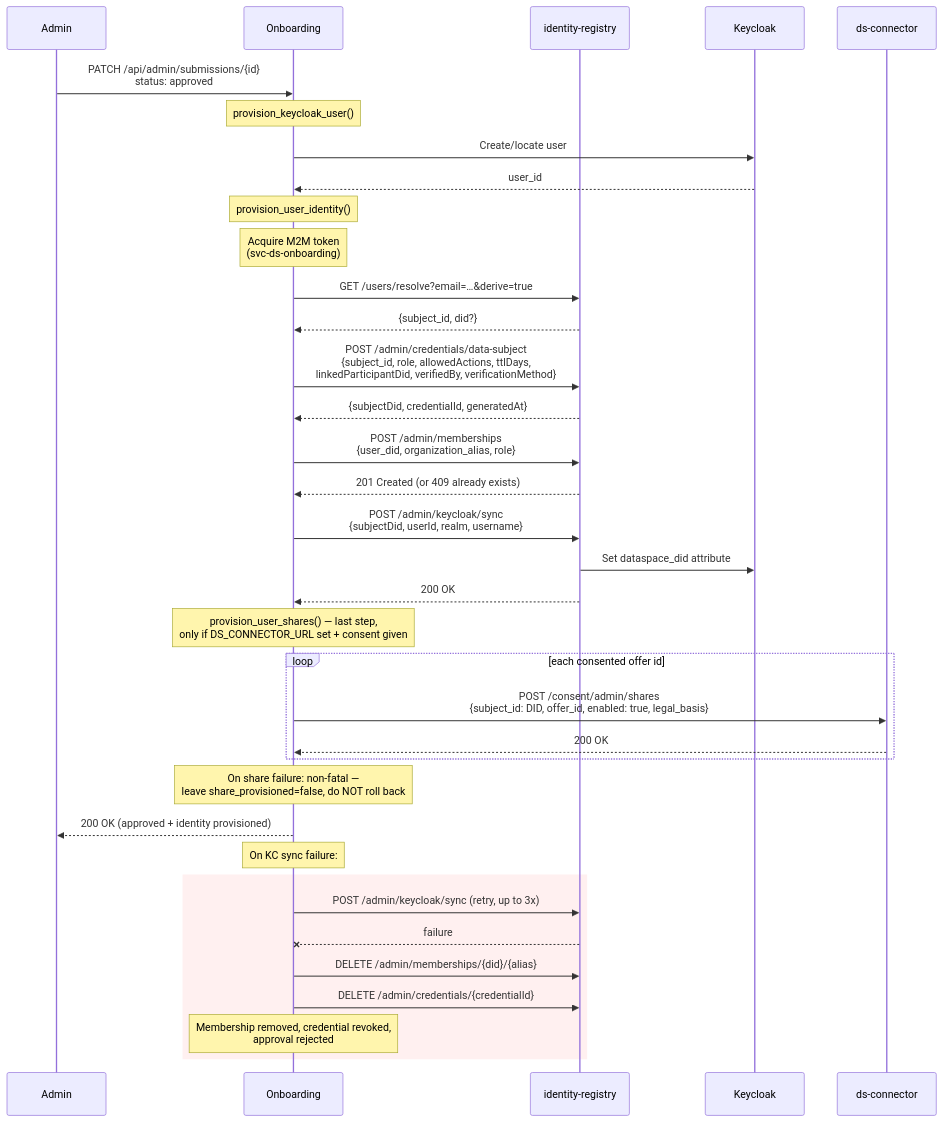
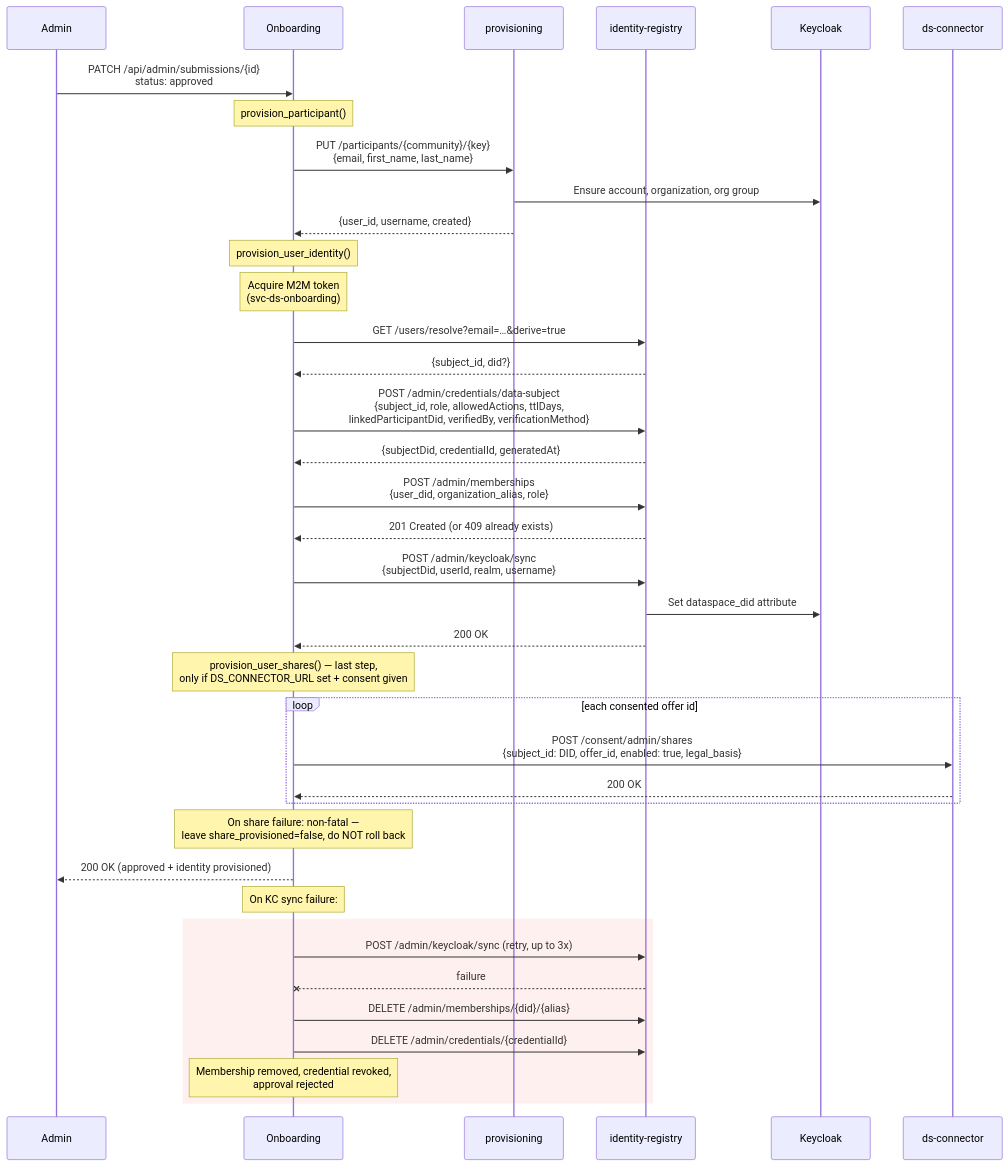
The diagram in docs/dataspace-integration.md (celine-eu/onboarding), drawn with Mermaid before and after one commit. The commit also changed other lines of this file and 23 other files, not shown here.

````diff
--- a/docs/dataspace-integration.md
+++ b/docs/dataspace-integration.md
@@ -30,48 +30,50 @@
 ```mermaid
 sequenceDiagram
     participant Admin
     participant Onboarding
+    participant Prov as provisioning
     participant IdRegistry as identity-registry
     participant KC as Keycloak
     participant Connector as ds-connector
 
     Admin->>Onboarding: PATCH /api/admin/submissions/{id}<br/>status: approved
 
-    Note over Onboarding: provision_keycloak_user()
-    Onboarding->>KC: Create/locate user
-    KC-->>Onboarding: user_id
+    Note over Onboarding: provision_participant()
+    Onboarding->>Prov: PUT /participants/{community}/{key}<br/>{email, first_name, last_name}
+    Prov->>KC: Ensure account, organization, org group
+    Prov-->>Onboarding: {user_id, username, created}
 
     Note over Onboarding: provision_user_identity()
 
     Note over Onboarding: Acquire M2M token<br/>(svc-ds-onboarding)
     Onboarding->>IdRegistry: GET /users/resolve?email=…&derive=true
     IdRegistry-->>Onboarding: {subject_id, did?}
 
     Onboarding->>IdRegistry: POST /admin/credentials/data-subject<br/>{subject_id, role, allowedActions, ttlDays,<br/>linkedParticipantDid, verifiedBy, verificationMethod}
     IdRegistry-->>Onboarding: {subjectDid, credentialId, generatedAt}
 
     Onboarding->>IdRegistry: POST /admin/memberships<br/>{user_did, organization_alias, role}
     IdRegistry-->>Onboarding: 201 Created (or 409 already exists)
 
     Onboarding->>IdRegistry: POST /admin/keycloak/sync<br/>{subjectDid, userId, realm, username}
     IdRegistry->>KC: Set dataspace_did attribute
     IdRegistry-->>Onboarding: 200 OK
 
     Note over Onboarding: provision_user_shares() — last step,<br/>only if DS_CONNECTOR_URL set + consent given
     loop each consented offer id
         Onboarding->>Connector: POST /consent/admin/shares<br/>{subject_id: DID, offer_id, enabled: true, legal_basis}
         Connector-->>Onboarding: 200 OK
     end
     Note over Onboarding: On share failure: non-fatal —<br/>leave share_provisioned=false, do NOT roll back
 
     Onboarding-->>Admin: 200 OK (approved + identity provisioned)
 
     Note over Onboarding: On KC sync failure:
     rect rgb(255, 240, 240)
         Onboarding->>IdRegistry: POST /admin/keycloak/sync (retry, up to 3x)
         IdRegistry--xOnboarding: failure
         Onboarding->>IdRegistry: DELETE /admin/memberships/{did}/{alias}
         Onboarding->>IdRegistry: DELETE /admin/credentials/{credentialId}
         Note over Onboarding: Membership removed, credential revoked,<br/>approval rejected
     end
 ```
````
